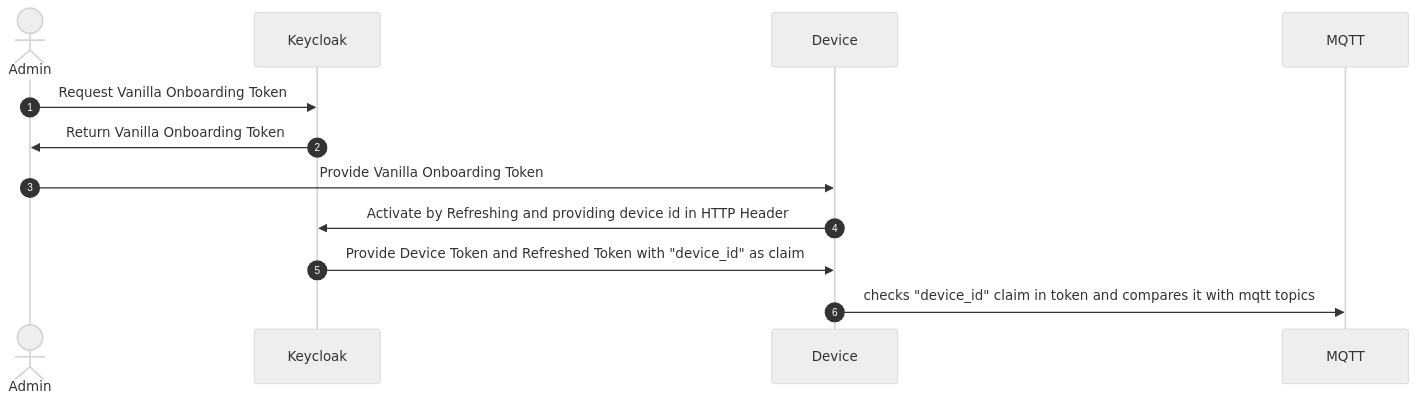
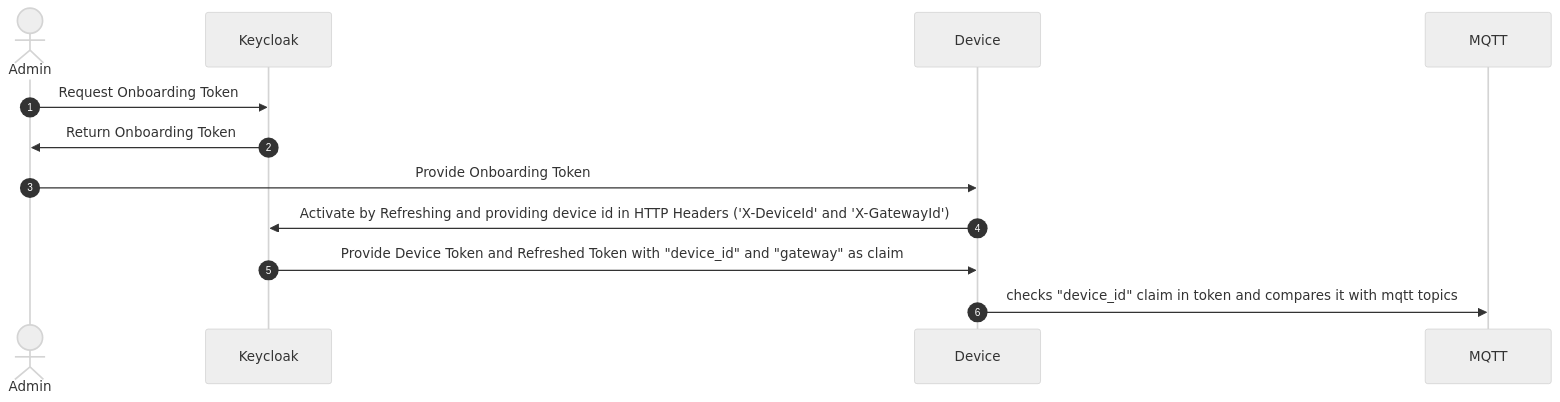
The diagram in NgsildAgent/README.md (IndustryFusion/DigitalTwin), drawn with Mermaid (neutral theme) before and after one commit. The commit also changed other lines of this file and 1 other file, not shown here.

````diff
--- a/NgsildAgent/README.md
+++ b/NgsildAgent/README.md
@@ -221,15 +221,15 @@
 ```mermaid
 sequenceDiagram
 autonumber
    Actor Admin;
    Participant Keycloak;
    Participant Device;
    Participant MQTT;
-   Admin ->> Keycloak: Request Vanilla Onboarding Token
-   Keycloak ->> Admin: Return Vanilla Onboarding Token
-   Admin ->> Device: Provide Vanilla Onboarding Token
-   Device ->> Keycloak: Activate by Refreshing and providing device id in HTTP Header
-   Keycloak ->> Device: Provide Device Token and Refreshed Token with "device_id" as claim
-   Device ->> MQTT: checks "device_id" claim in token and compares it with mqtt topics 
+   Admin ->> Keycloak: Request Onboarding Token
+   Keycloak ->> Admin: Return Onboarding Token
+   Admin ->> Device: Provide Onboarding Token
+   Device ->> Keycloak: Activate by Refreshing and providing device id in HTTP Headers ('X-DeviceId' and 'X-GatewayId')
+   Keycloak ->> Device: Provide Device Token and Refreshed Token with "device_id" and "gateway" as claim
+   Device ->> MQTT: checks "device_id" claim in token and compares it with mqtt topics
 
 ```
````
